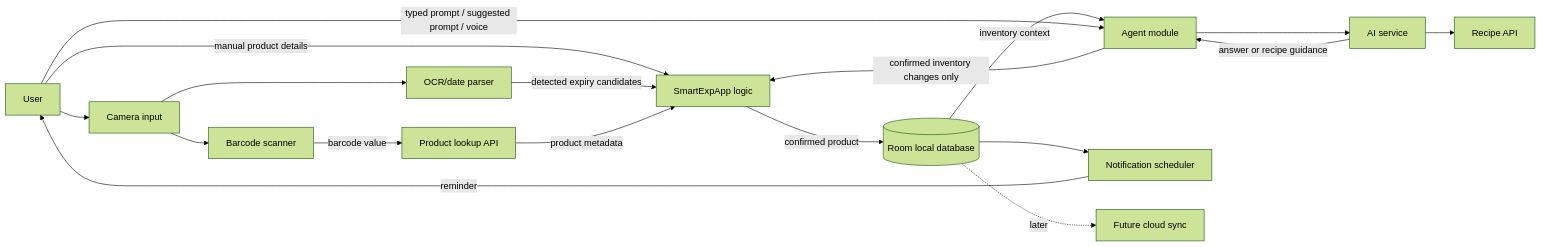
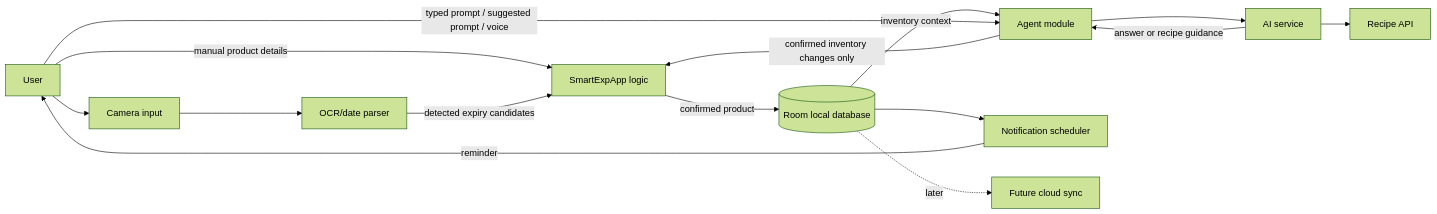
One commit to thqhuong/SmartExpApp changed the fourth of 8 diagrams in docs/planning/general-route.md. Above: the diagram before and after it, drawn with Mermaid (forest theme). The commit also changed other lines of this file and 7 other files, not shown here.

Commit message:
remove docs/UI expectations for barcode scanning or lookup

````diff
--- a/docs/planning/general-route.md
+++ b/docs/planning/general-route.md
@@ -194,33 +189,28 @@
 ```mermaid
 flowchart LR
     User[User]
     Camera[Camera input]
     OCR[OCR/date parser]
-    Barcode[Barcode scanner]
-    ProductAPI[Product lookup API]
     Agent[Agent module]
     AgentAI[AI service]
     RecipeAPI[Recipe API]
     App[SmartExpApp logic]
     DB[(Room local database)]
     Notify[Notification scheduler]
     Cloud[Future cloud sync]
 
     User -->|manual product details| App
     User --> Camera
     Camera --> OCR
-    Camera --> Barcode
     OCR -->|detected expiry candidates| App
-    Barcode -->|barcode value| ProductAPI
-    ProductAPI -->|product metadata| App
     App -->|confirmed product| DB
     DB -->|inventory context| Agent
     User -->|typed prompt / suggested prompt / voice| Agent
     Agent --> AgentAI
     AgentAI --> RecipeAPI
     AgentAI -->|answer or recipe guidance| Agent
     Agent -->|confirmed inventory changes only| App
     DB --> Notify
     Notify -->|reminder| User
     DB -. later .-> Cloud
 ```
````
